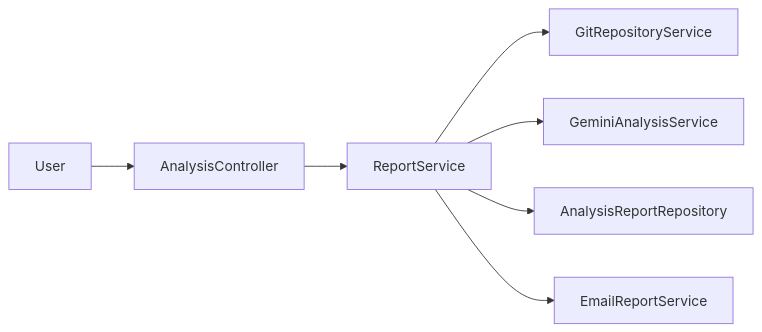
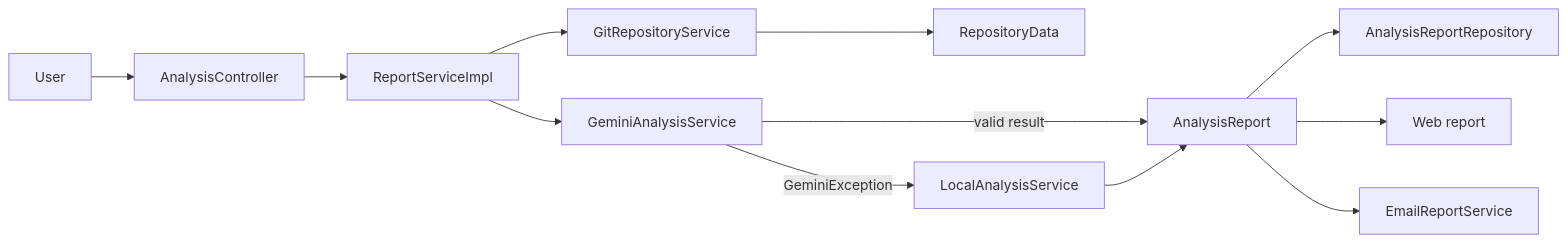
One commit to AndrejT03/git-contribution-analyzer changed the first of 2 diagrams in docs/Architecture.md. Above: the diagram before and after it, drawn with Mermaid. The commit also changed other lines of this file and 7 other files, not shown here.

Commit message:
Added Git extraction improvements, updated the architecture docs, and a way to keep completed reports available in the browser

````diff
--- a/docs/Architecture.md
+++ b/docs/Architecture.md
@@ -7,9 +7,14 @@
 ```mermaid
 flowchart LR
     U["User"] --> C["AnalysisController"]
-    C --> R["ReportService"]
+    C --> R["ReportServiceImpl"]
     R --> G["GitRepositoryService"]
+    G --> D["RepositoryData"]
     R --> A["GeminiAnalysisService"]
-    R --> M["AnalysisReportRepository"]
-    R --> E["EmailReportService"]
+    A -->|"valid result"| P["AnalysisReport"]
+    A -->|"GeminiException"| L["LocalAnalysisService"]
+    L --> P
+    P --> S["AnalysisReportRepository"]
+    P --> W["Web report"]
+    P --> E["EmailReportService"]
 ```
````
